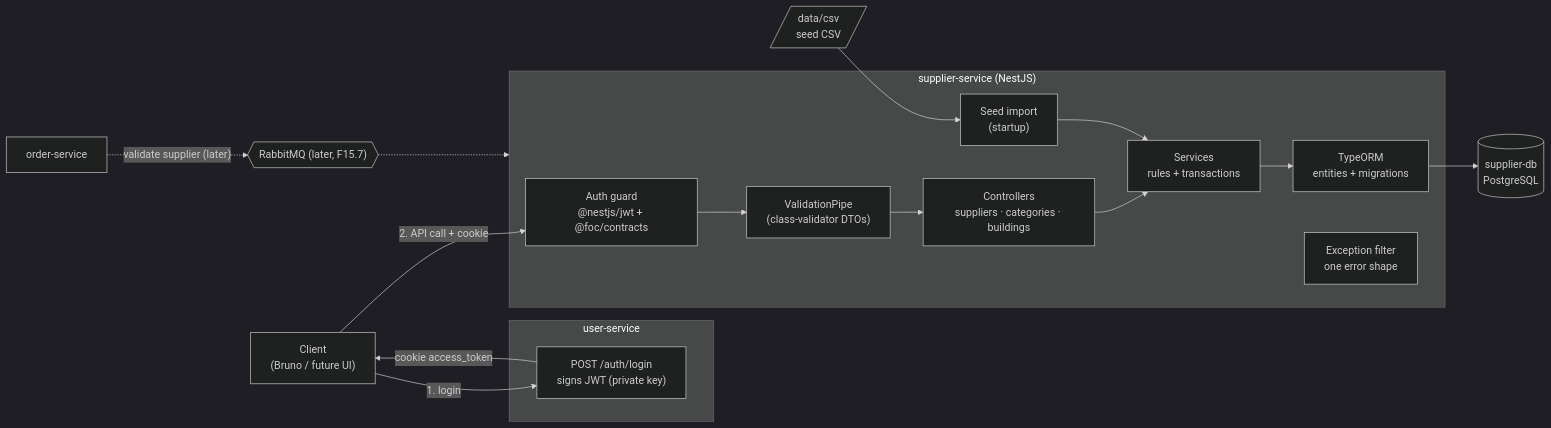
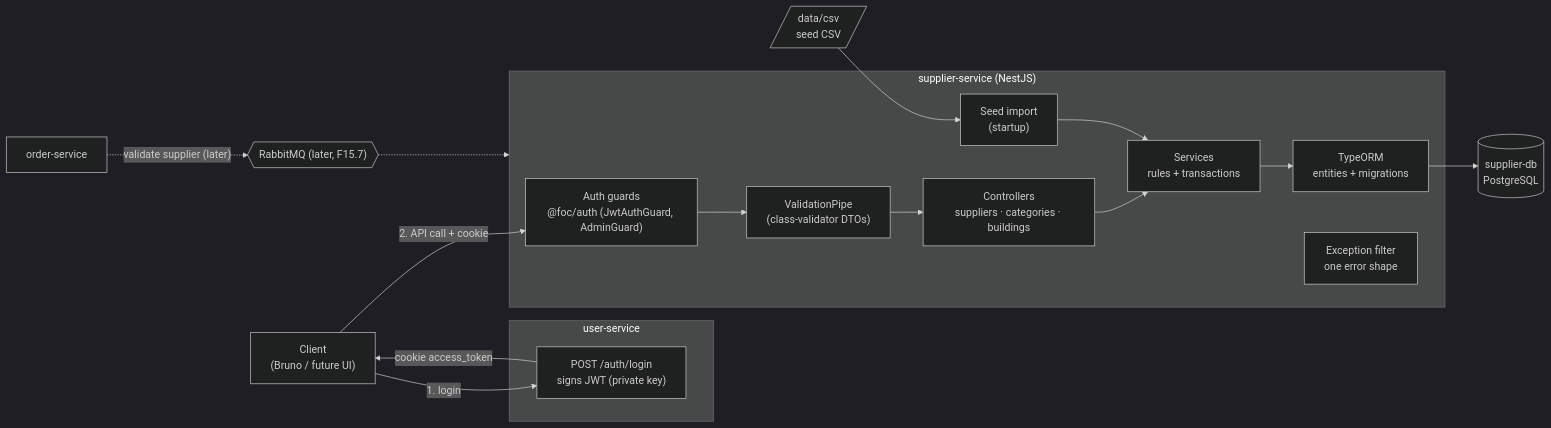
One commit to AY2627S1-CS3219-P27/FoC changed the third of 3 diagrams in supplier-service/README.md. Above: the diagram before and after it, drawn with Mermaid (dark theme). The commit also changed other lines of this file, not shown here.

````diff
--- a/supplier-service/README.md
+++ b/supplier-service/README.md
@@ -365,27 +365,27 @@
 ```mermaid
 flowchart LR
     client["Client<br/>(Bruno / future UI)"]
     subgraph US["user-service"]
       login["POST /auth/login<br/>signs JWT (private key)"]
     end
     subgraph SS["supplier-service (NestJS)"]
-      guard["Auth guard<br/>@nestjs/jwt + @foc/contracts"]
+      guard["Auth guards<br/>@foc/auth (JwtAuthGuard, AdminGuard)"]
       pipe["ValidationPipe<br/>(class-validator DTOs)"]
       ctrl["Controllers<br/>suppliers · categories · buildings"]
       svc["Services<br/>rules + transactions"]
       orm["TypeORM<br/>entities + migrations"]
       filter["Exception filter<br/>one error shape"]
       seed["Seed import<br/>(startup)"]
     end
     db[("supplier-db<br/>PostgreSQL")]
     csv[/"data/csv<br/>seed CSV"/]
     mq{{"RabbitMQ (later, F15.7)"}}
     order["order-service"]
 
     client -- "1. login" --> login
     login -- "cookie access_token" --> client
     client -- "2. API call + cookie" --> guard --> pipe --> ctrl --> svc --> orm --> db
     seed --> svc
     csv --> seed
     order -. "validate supplier (later)" .-> mq -.-> SS
 ```
````
